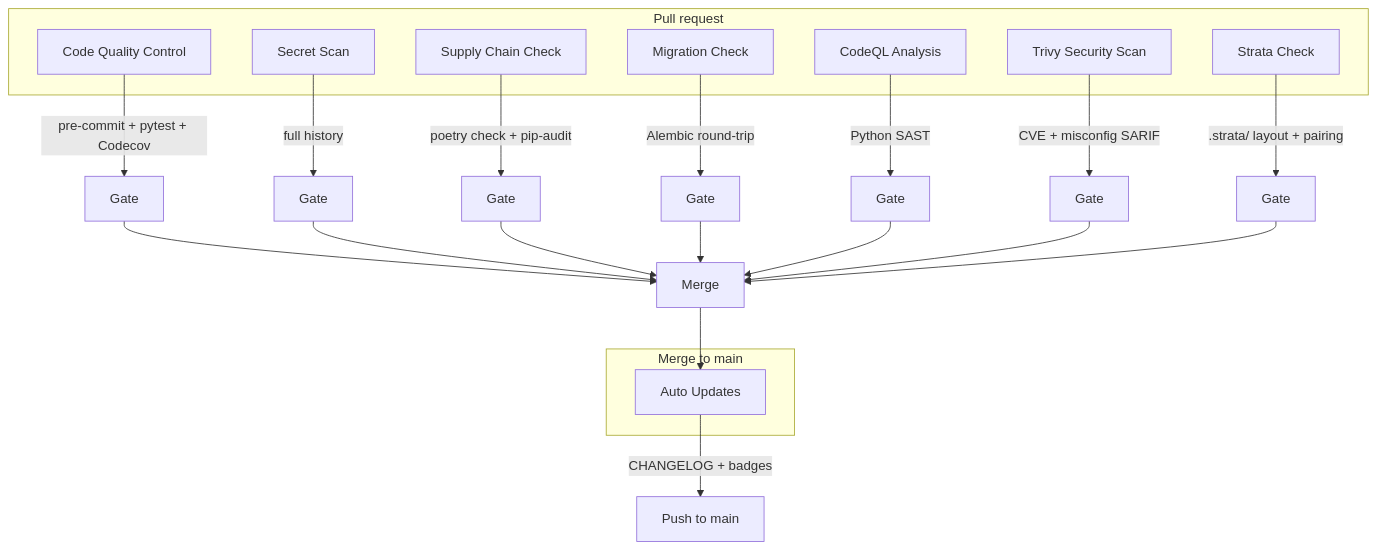
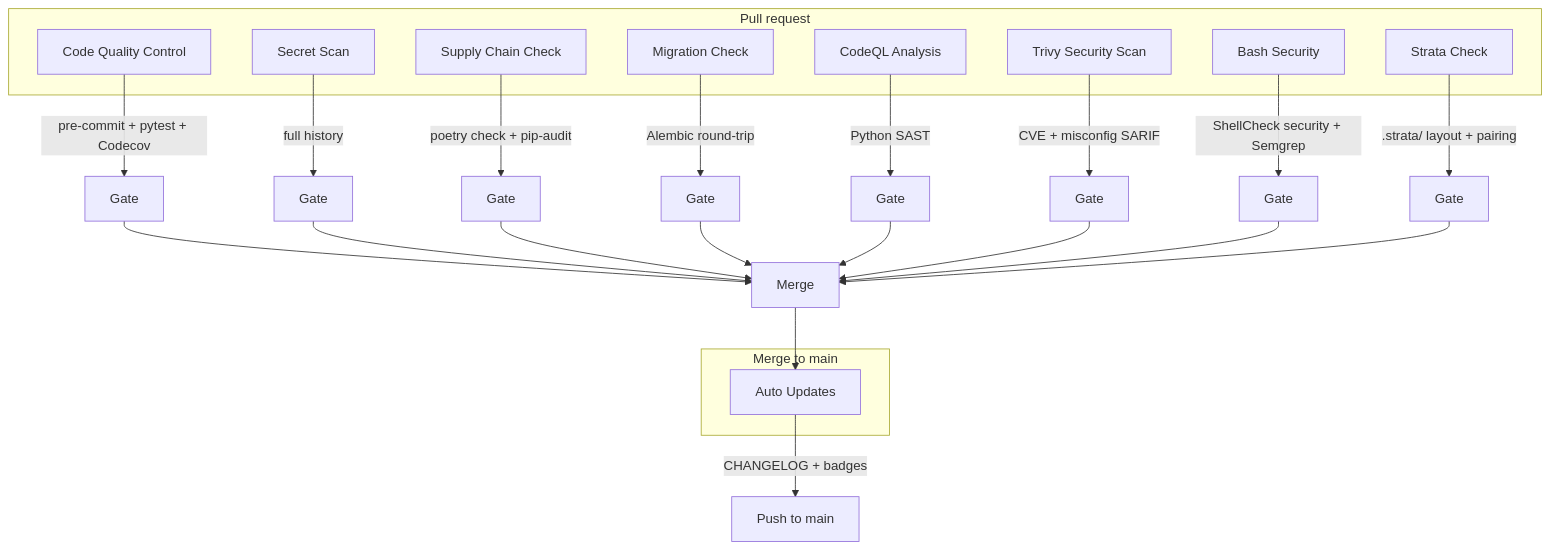
One commit to Elmorralito/save-ma-money changed the diagram in .github/CI.md. Above: the diagram before and after it, drawn with Mermaid. The commit also changed other lines of this file and 47 other files, not shown here.

First line of the commit message:
ci: [infra] Bash security PR gate and rename deploy/ to bin (#99)

````diff
--- a/.github/CI.md
+++ b/.github/CI.md
@@ -38,28 +38,30 @@
 ```mermaid
 flowchart TB
     subgraph pr [Pull request]
         QC[Code Quality Control]
         GL[Secret Scan]
         SC[Supply Chain Check]
         MC[Migration Check]
         CQ[CodeQL Analysis]
         TR[Trivy Security Scan]
+        BS[Bash Security]
         ST[Strata Check]
     end
 
     subgraph main [Merge to main]
         AU[Auto Updates]
     end
 
     QC --> |pre-commit + pytest + Codecov| Pass1[Gate]
     GL --> |full history| Pass2[Gate]
     SC --> |poetry check + pip-audit| Pass3[Gate]
     MC --> |Alembic round-trip| Pass4[Gate]
     CQ --> |Python SAST| Pass5[Gate]
     TR --> |CVE + misconfig SARIF| Pass6[Gate]
-    ST --> |.strata/ layout + pairing| Pass7[Gate]
+    BS --> |ShellCheck security + Semgrep| Pass7[Gate]
+    ST --> |.strata/ layout + pairing| Pass8[Gate]
 
-    Pass1 & Pass2 & Pass3 & Pass4 & Pass5 & Pass6 & Pass7 --> Merge[Merge]
+    Pass1 & Pass2 & Pass3 & Pass4 & Pass5 & Pass6 & Pass7 & Pass8 --> Merge[Merge]
     Merge --> AU
     AU --> |CHANGELOG + badges| Push[Push to main]
 ```
````
